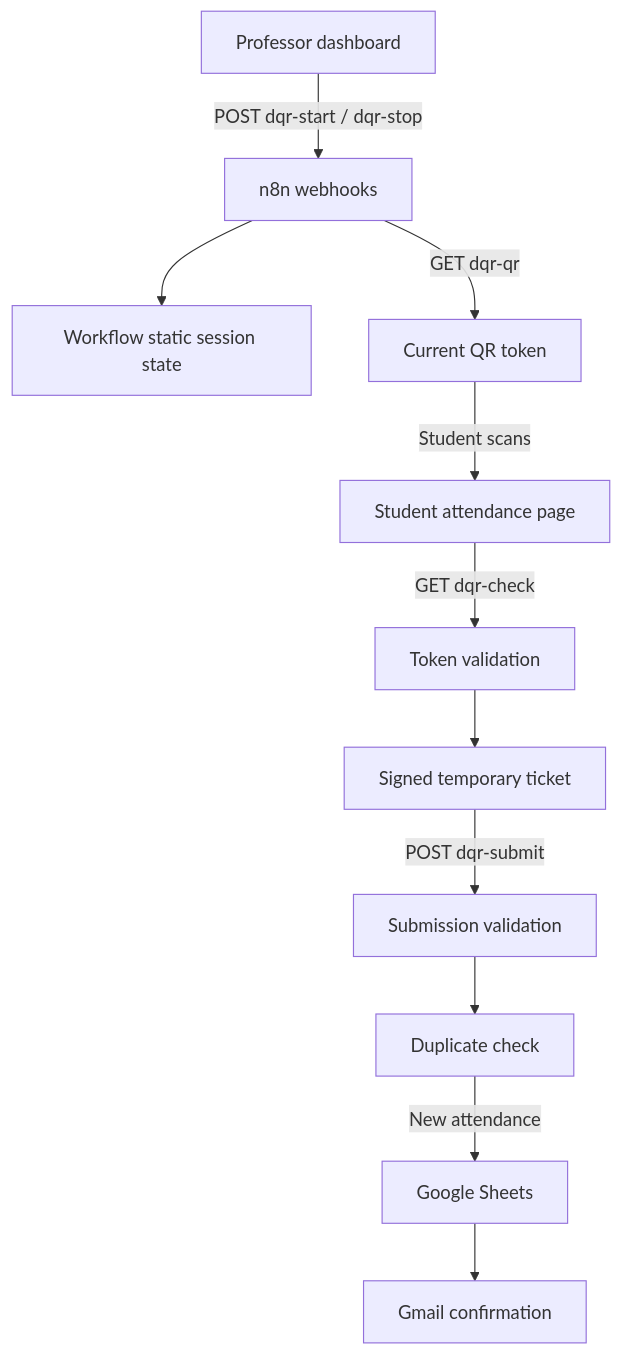
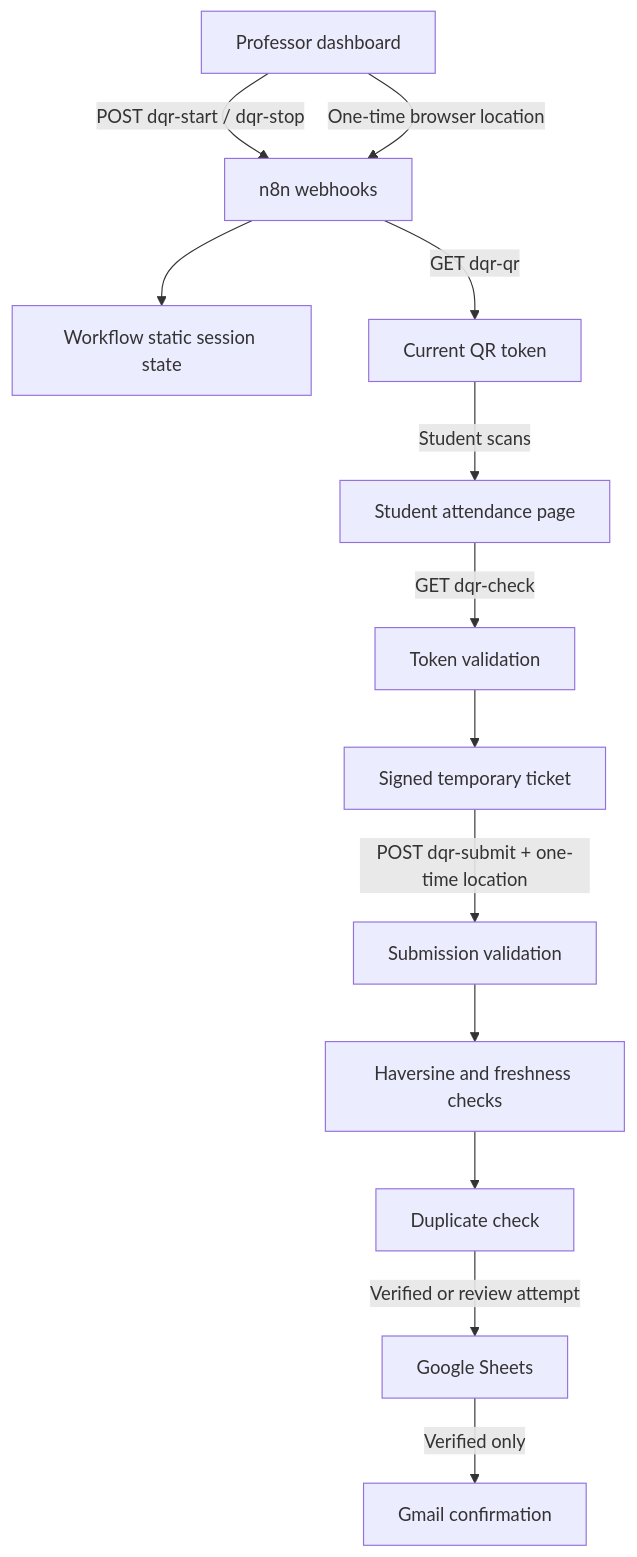
One commit to Abdelrahman-Noaman/dynamic-qr-attendance changed the diagram in docs/architecture.md. Above: the diagram before and after it, drawn with Mermaid. The commit also changed other lines of this file and 12 other files, not shown here.

````diff
--- a/docs/architecture.md
+++ b/docs/architecture.md
@@ -7,13 +7,15 @@
 ```mermaid
 flowchart TD
     P[Professor dashboard] -->|POST dqr-start / dqr-stop| N[n8n webhooks]
     N --> S[Workflow static session state]
+    P -->|One-time browser location| N
     N -->|GET dqr-qr| Q[Current QR token]
     Q -->|Student scans| ST[Student attendance page]
     ST -->|GET dqr-check| V[Token validation]
     V --> T[Signed temporary ticket]
-    T -->|POST dqr-submit| SV[Submission validation]
-    SV --> D[Duplicate check]
-    D -->|New attendance| G[Google Sheets]
-    G --> M[Gmail confirmation]
+    T -->|POST dqr-submit + one-time location| SV[Submission validation]
+    SV --> L[Haversine and freshness checks]
+    L --> D[Duplicate check]
+    D -->|Verified or review attempt| G[Google Sheets]
+    G -->|Verified only| M[Gmail confirmation]
 ```
````
